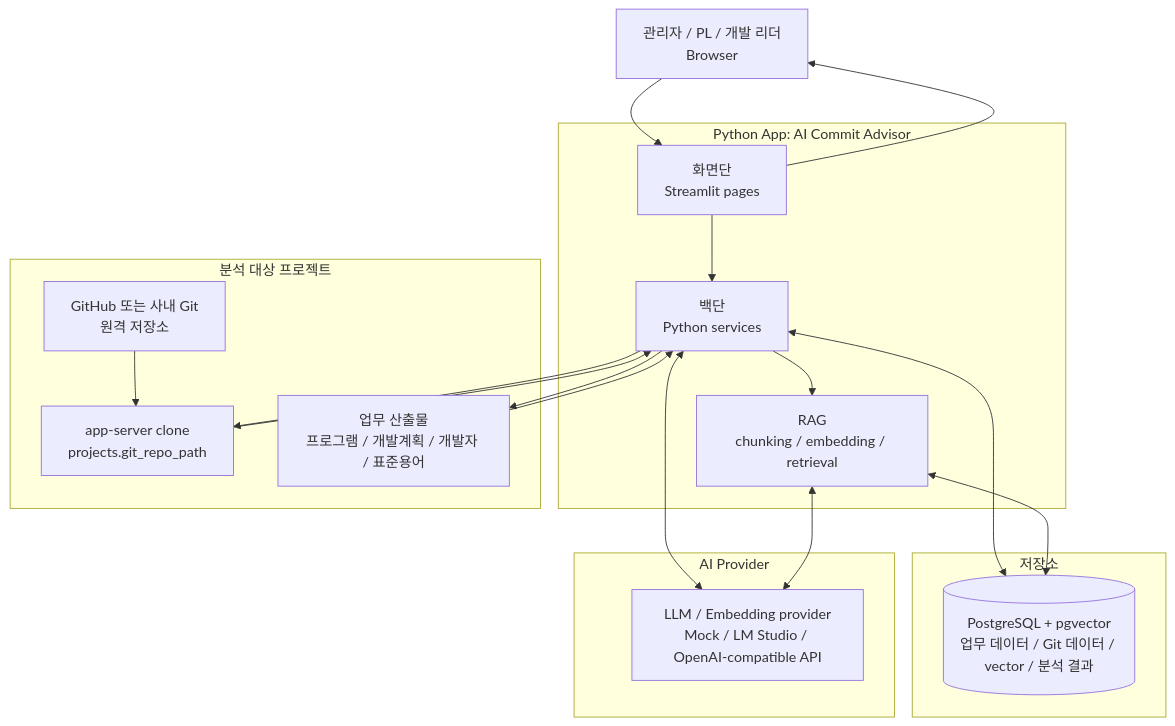
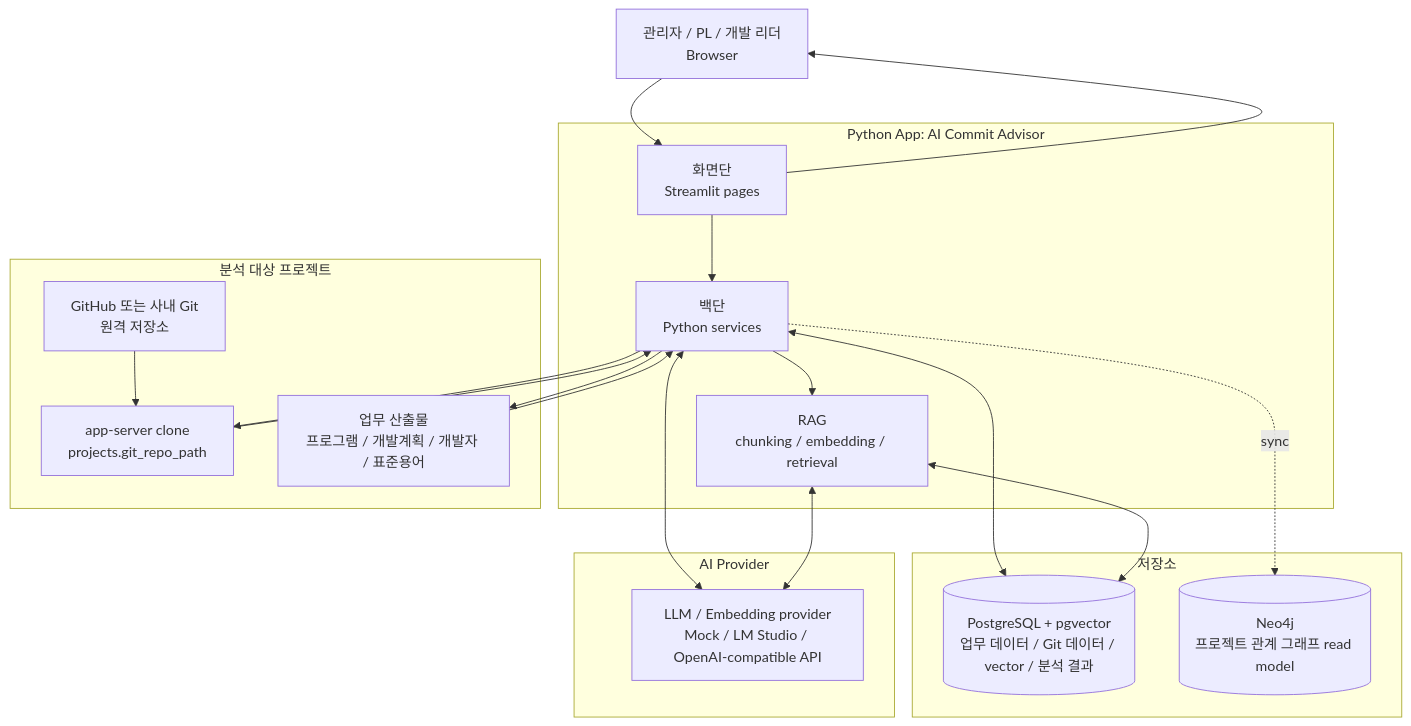
One commit to ino5/ai-commit-advisor-26 changed the diagram in README.md. Above: the diagram before and after it, drawn with Mermaid. The commit also changed other lines of this file and 24 other files, not shown here.

Commit message:
Add Neo4j knowledge graph foundation

````diff
--- a/README.md
+++ b/README.md
@@ -13,40 +13,42 @@
 ```mermaid
 flowchart TB
     User["관리자 / PL / 개발 리더<br/>Browser"]
 
     subgraph PythonApp["Python App: AI Commit Advisor"]
         UI["화면단<br/>Streamlit pages"]
         Services["백단<br/>Python services"]
         RAG["RAG<br/>chunking / embedding / retrieval"]
 
         UI --> Services
         Services --> RAG
     end
 
     subgraph Storage["저장소"]
         DB[(PostgreSQL + pgvector<br/>업무 데이터 / Git 데이터 / vector / 분석 결과)]
+        GraphDB[(Neo4j<br/>프로젝트 관계 그래프 read model)]
     end
 
     subgraph TargetProject["분석 대상 프로젝트"]
         RemoteGit["GitHub 또는 사내 Git<br/>원격 저장소"]
         ServerClone["app-server clone<br/>projects.git_repo_path"]
         Artifacts["업무 산출물<br/>프로그램 / 개발계획 / 개발자 / 표준용어"]
 
         RemoteGit --> ServerClone
     end
 
     subgraph AIProvider["AI Provider"]
         LLM["LLM / Embedding provider<br/>Mock / LM Studio / OpenAI-compatible API"]
     end
 
     User --> UI
     UI --> User
     Services --> ServerClone
     ServerClone --> Services
     Services --> Artifacts
     Artifacts --> Services
     Services <--> DB
     RAG <--> DB
+    Services -. sync .-> GraphDB
     Services <--> LLM
     RAG <--> LLM
 ```
````
